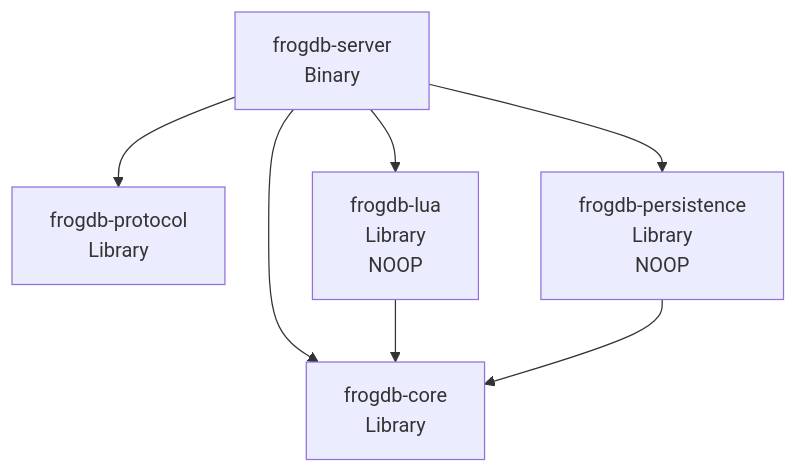
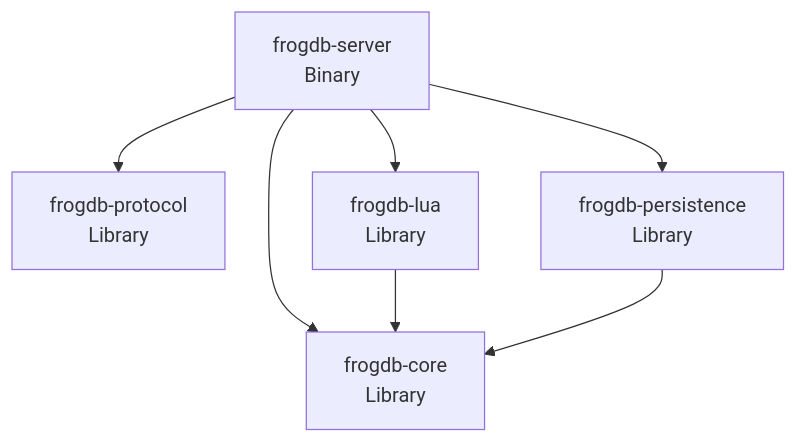
Before and after one commit to frogdb/frogdb: the first of 4 diagrams in spec/ARCHITECTURE.md, drawn with Mermaid. The commit also changed other lines of this file and 13 other files, not shown here.

````diff
--- a/spec/ARCHITECTURE.md
+++ b/spec/ARCHITECTURE.md
@@ -100,15 +100,15 @@
 ```mermaid
 graph TD
     SERVER[frogdb-server<br/>Binary]
     PROTO[frogdb-protocol<br/>Library]
     CORE[frogdb-core<br/>Library]
-    LUA[frogdb-lua<br/>Library<br/>NOOP]
-    PERSIST[frogdb-persistence<br/>Library<br/>NOOP]
+    LUA[frogdb-lua<br/>Library]
+    PERSIST[frogdb-persistence<br/>Library]
 
     SERVER --> PROTO
     SERVER --> CORE
     SERVER --> LUA
     SERVER --> PERSIST
     LUA --> CORE
     PERSIST --> CORE
 ```
````
